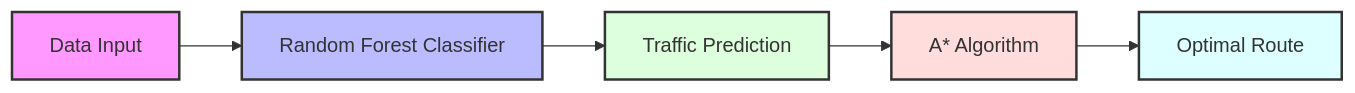
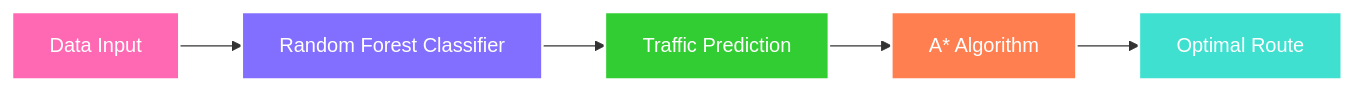
One commit to acevaliant420/Traffic-Flow-Prediction-and-Optimal-Route-Finding changed the diagram in readme.md. Above: the diagram before and after it, drawn with Mermaid. The commit also changed other lines of this file, not shown here.

````diff
--- a/readme.md
+++ b/readme.md
@@ -92,12 +104,12 @@
 ```mermaid
 graph LR
     A[Data Input] --> B[Random Forest Classifier]
     B --> C[Traffic Prediction]
     C --> D[A* Algorithm]
     D --> E[Optimal Route]
-    style A fill:#f9f,stroke:#333,stroke-width:2px
-    style B fill:#bbf,stroke:#333,stroke-width:2px
-    style C fill:#dfd,stroke:#333,stroke-width:2px
-    style D fill:#fdd,stroke:#333,stroke-width:2px
-    style E fill:#dff,stroke:#333,stroke-width:2px
+    style A fill:#FF69B4,stroke:#fff,stroke-width:2px,color:#fff
+    style B fill:#836FFF,stroke:#fff,stroke-width:2px,color:#fff
+    style C fill:#32CD32,stroke:#fff,stroke-width:2px,color:#fff
+    style D fill:#FF7F50,stroke:#fff,stroke-width:2px,color:#fff
+    style E fill:#40E0D0,stroke:#fff,stroke-width:2px,color:#fff
 ```
````
